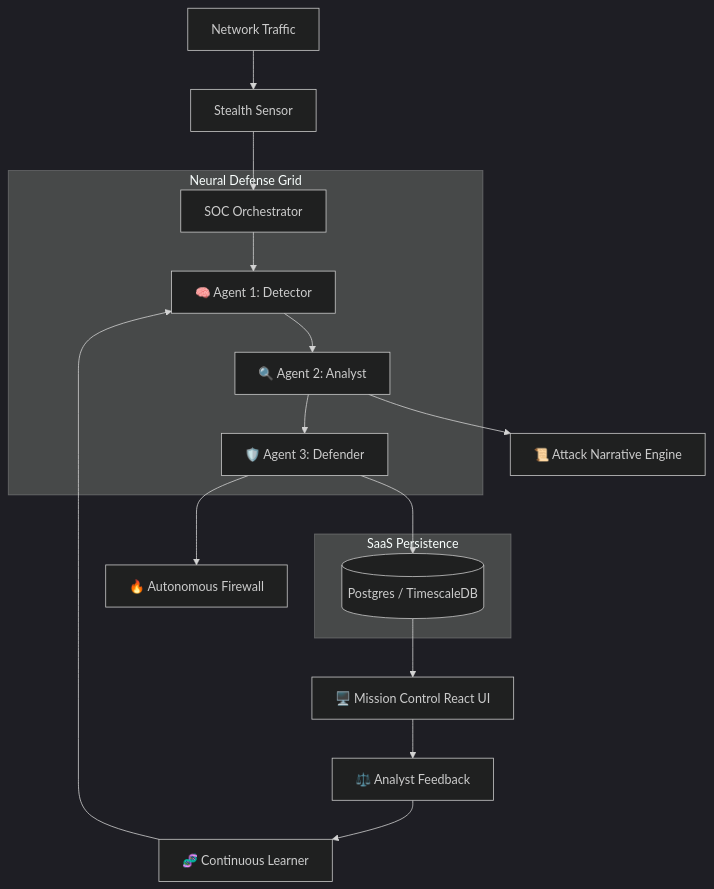
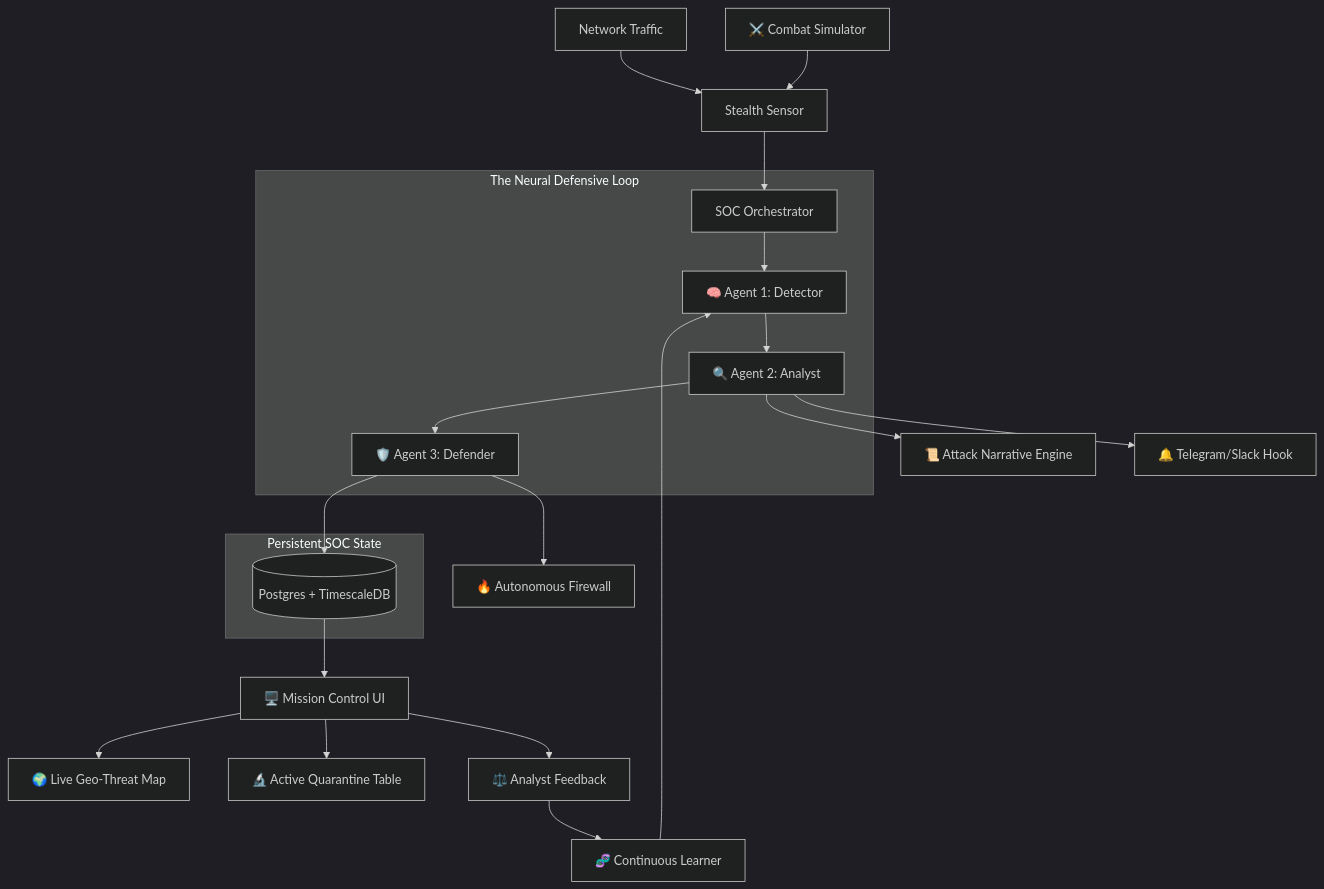
One commit to aryan-guptta-2007/stealthvault-ai changed the diagram in README.md. Above: the diagram before and after it, drawn with Mermaid (dark theme). The commit also changed other lines of this file and 5 other files, not shown here.

````diff
--- a/README.md
+++ b/README.md
@@ -55,23 +59,34 @@
 ```mermaid
 graph TD
+    %% Source
     Traffic[Network Traffic] --> Sensor[Stealth Sensor]
+    Simulator[⚔️ Combat Simulator] --> Sensor
+    
+    %% Core Orchestration
     Sensor --> Orchestrator[SOC Orchestrator]
     
-    subgraph "Neural Defense Grid"
+    subgraph "The Neural Defensive Loop"
     Orchestrator --> Agent1[🧠 Agent 1: Detector]
     Agent1 --> Agent2[🔍 Agent 2: Analyst]
     Agent2 --> Agent3[🛡️ Agent 3: Defender]
     end
     
+    %% Outputs
     Agent2 --> Story[📜 Attack Narrative Engine]
+    Agent2 --> Notify[🔔 Telegram/Slack Hook]
     Agent3 --> Firewall[🔥 Autonomous Firewall]
     
-    subgraph "SaaS Persistence"
-    Agent3 --> DB[(Postgres / TimescaleDB)]
+    subgraph "Persistent SOC State"
+    Agent3 --> DB[(Postgres + TimescaleDB)]
     end
     
-    DB --> UI[🖥️ Mission Control React UI]
+    %% Frontend
+    DB --> UI[🖥️ Mission Control UI]
+    UI --> Map[🌍 Live Geo-Threat Map]
+    UI --> Quarantine[🔬 Active Quarantine Table]
+    
+    %% Feedback Loop
     UI --> Feedback[⚖️ Analyst Feedback]
     Feedback --> Learner[🧬 Continuous Learner]
     Learner --> Agent1
 ```
````
